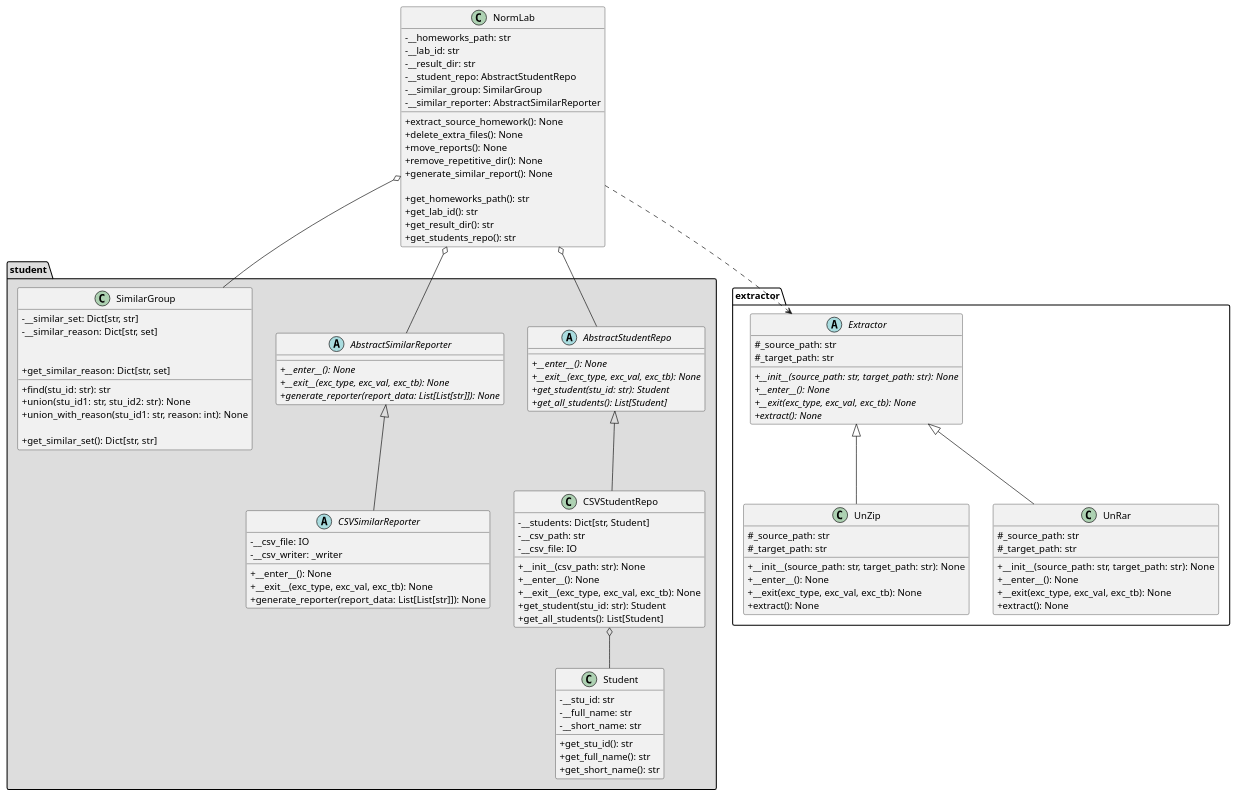
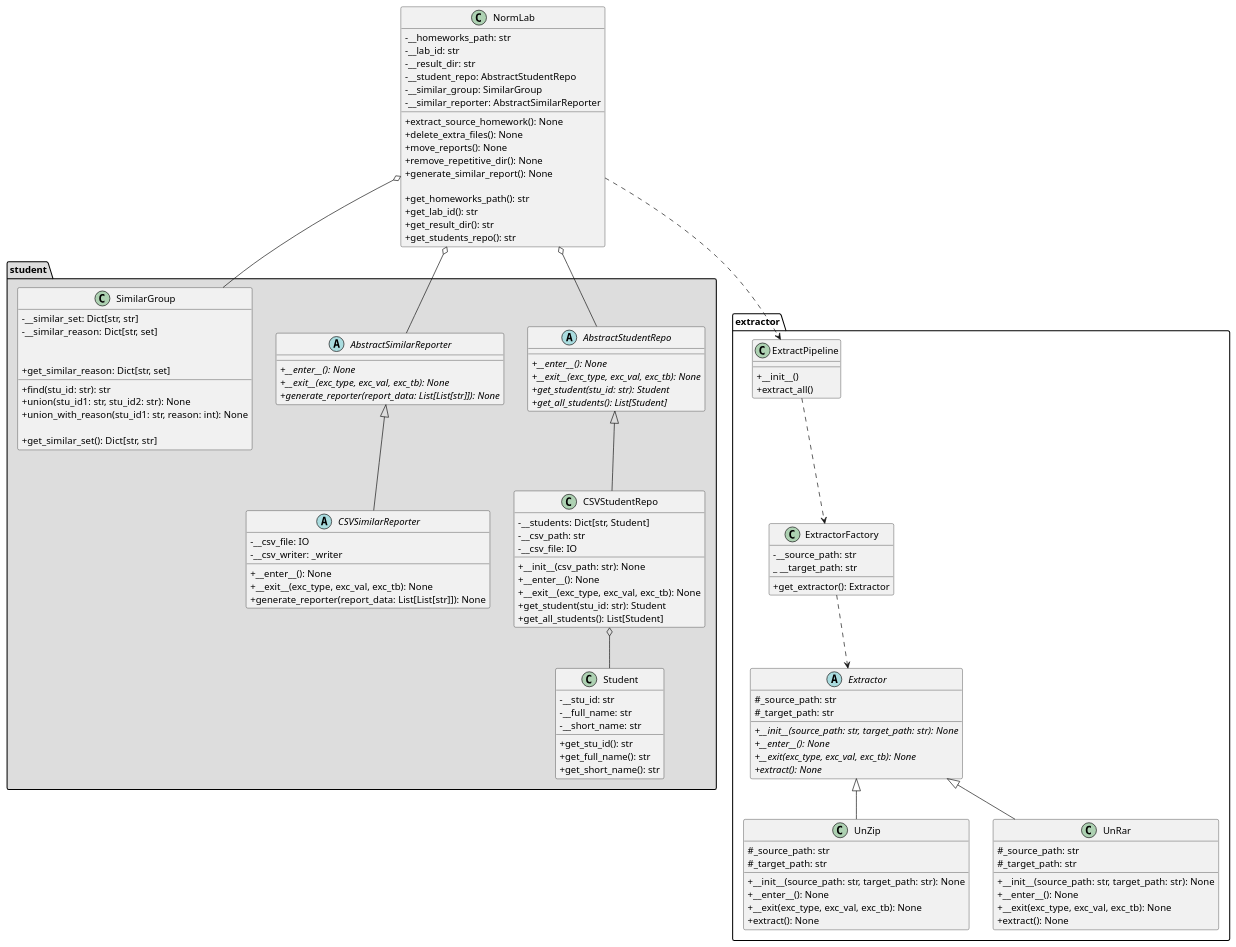
The diagram in doc/uml.plantuml (lixiao189/NormLab), drawn with PlantUML before and after one commit.

Commit message:
更新类图

```diff
--- a/doc/uml.plantuml
+++ b/doc/uml.plantuml
@@ -1,118 +1,131 @@
 @startuml main
 skinparam classAttributeIconSize 0
 package "student" #DDDDDD {
     class Student {
         - __stu_id: str
         - __full_name: str
         - __short_name: str
 
         + get_stu_id(): str
         + get_full_name(): str
         + get_short_name(): str
     }
 
     abstract class AbstractStudentRepo {
         + {abstract} __enter__(): None
         + {abstract} __exit__(exc_type, exc_val, exc_tb): None
         + {abstract} get_student(stu_id: str): Student
         + {abstract} get_all_students(): List[Student]
     }
 
     class CSVStudentRepo extends AbstractStudentRepo {
         - __students: Dict[str, Student]
         - __csv_path: str
         - __csv_file: IO
 
         + __init__(csv_path: str): None
         + __enter__(): None
         + __exit__(exc_type, exc_val, exc_tb): None
         + get_student(stu_id: str): Student
         + get_all_students(): List[Student]
     }
 
     CSVStudentRepo o-- Student
 
     abstract class AbstractSimilarReporter {
         + {abstract} __enter__(): None
         + {abstract} __exit__(exc_type, exc_val, exc_tb): None
         + {abstract} generate_reporter(report_data: List[List[str]]): None
     }
 
     abstract class CSVSimilarReporter extends AbstractSimilarReporter {
         - __csv_file: IO
         - __csv_writer: _writer
         + __enter__(): None
         + __exit__(exc_type, exc_val, exc_tb): None
         + generate_reporter(report_data: List[List[str]]): None
     }
 
     class SimilarGroup {
         - __similar_set: Dict[str, str]
         - __similar_reason: Dict[str, set]
 
         + find(stu_id: str): str
         + union(stu_id1: str, stu_id2: str): None
         + union_with_reason(stu_id1: str, reason: int): None
 
         + get_similar_set(): Dict[str, str]
         + get_similar_reason: Dict[str, set]
     }
 }
 
 package "extractor" {
     abstract class Extractor {
         # _source_path: str
         # _target_path: str
 
         + {abstract} __init__(source_path: str, target_path: str): None
         + {abstract} __enter__(): None
         + {abstract} __exit(exc_type, exc_val, exc_tb): None
         + {abstract} extract(): None
     }
 
     class UnZip extends Extractor {
         # _source_path: str
         # _target_path: str
 
         + __init__(source_path: str, target_path: str): None
         + __enter__(): None
         + __exit(exc_type, exc_val, exc_tb): None
         + extract(): None
     }
 
     class UnRar extends Extractor {
         # _source_path: str
         # _target_path: str
 
         + __init__(source_path: str, target_path: str): None
         + __enter__(): None
         + __exit(exc_type, exc_val, exc_tb): None
         + extract(): None
     }
+
+    class ExtractorFactory {
+        - __source_path: str
+        _ __target_path: str
+        + get_extractor(): Extractor
+    }
+
+    class ExtractPipeline {
+        + __init__()
+        + extract_all()
+    }
 }
 
 class NormLab {
     - __homeworks_path: str
     - __lab_id: str
     - __result_dir: str
     - __student_repo: AbstractStudentRepo
     - __similar_group: SimilarGroup
     - __similar_reporter: AbstractSimilarReporter
 
     + extract_source_homework(): None
     + delete_extra_files(): None
     + move_reports(): None
     + remove_repetitive_dir(): None
     + generate_similar_report(): None
 
     + get_homeworks_path(): str
     + get_lab_id(): str
     + get_result_dir(): str
     + get_students_repo(): str
 }
 
 NormLab o-- AbstractSimilarReporter
 NormLab o-- AbstractStudentRepo
 NormLab o-- SimilarGroup
-NormLab ..> Extractor
+NormLab ..> ExtractPipeline
+ExtractPipeline ..> ExtractorFactory
+ExtractorFactory ..> Extractor
 @enduml
```
